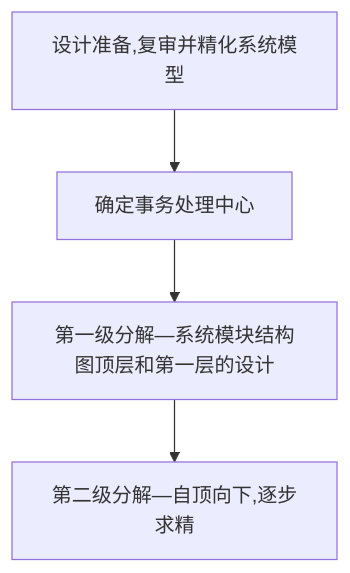
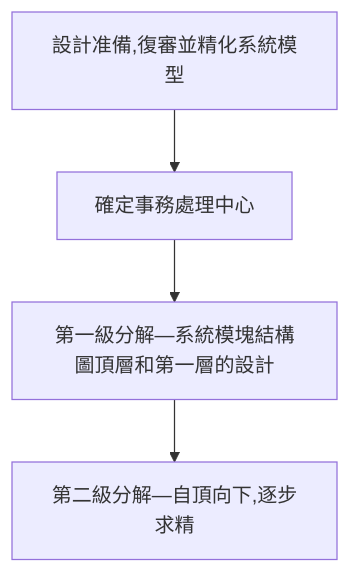
One commit to chchoiw/chchoiw.github.io changed the seventh of 7 diagrams in _posts/2022-07-04-02333-software_engineer.md. Above: the diagram before and after it, drawn with Mermaid. The commit also changed other lines of this file, not shown here.

````diff
--- a/_posts/2022-07-04-02333-software_engineer.md
+++ b/_posts/2022-07-04-02333-software_engineer.md
@@ -394,11 +394,11 @@
   ```mermaid
   graph TB
-  id1[设计准备,复审并精化系统模型]
-  id2[确定事务处理中心]
-  id3[第一级分解—系统模块结构图顶层和第一层的设计]
-  id4[第二级分解—自顶向下,逐步求精]
+  id1[設計准備,復審並精化系統模型]
+  id2[確定事務處理中心]
+  id3[第一級分解—系統模塊結構圖頂層和第一層的設計]
+  id4[第二級分解—自頂向下,逐步求精]
   id1-->id2
   id2-->id3
   id3-->id4
 
   ```
````
